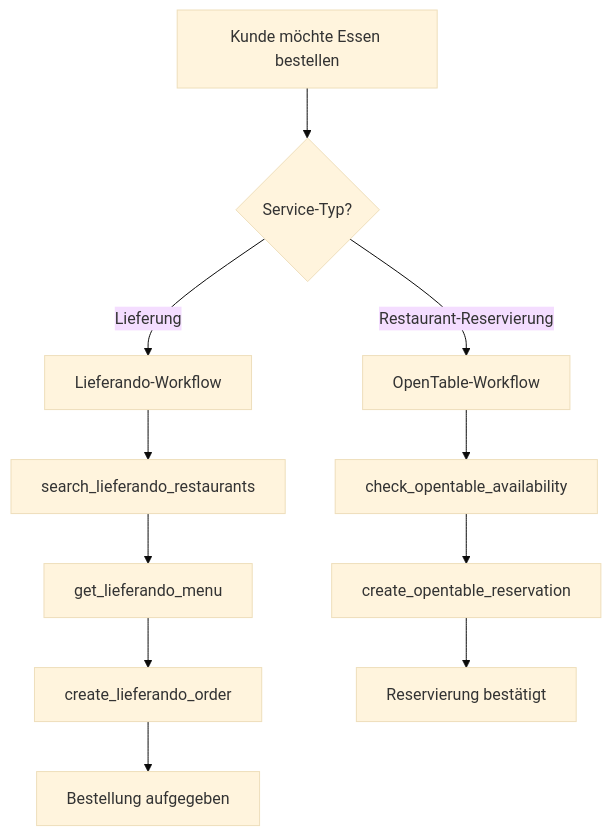
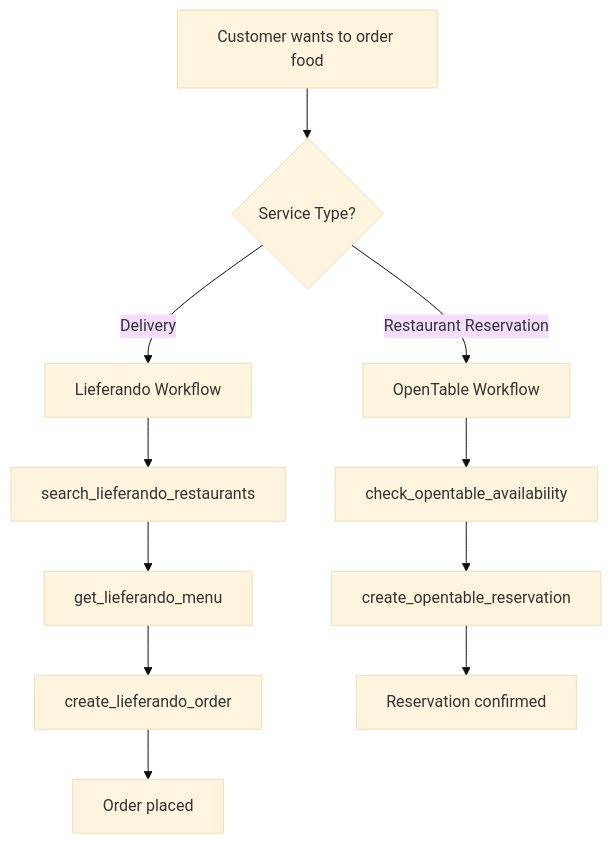
The diagram in en/automation-platform/mid-call-tools/integration-templates/opentable-integration.mdx (bekgroup/Famulor-docs-de), drawn with Mermaid (base theme) before and after one commit. The commit also changed other lines of this file and 20 other files, not shown here.

````diff
--- a/en/automation-platform/mid-call-tools/integration-templates/opentable-integration.mdx
+++ b/en/automation-platform/mid-call-tools/integration-templates/opentable-integration.mdx
@@ -185,16 +184,16 @@
 ```mermaid
 flowchart TD
-    A[Kunde möchte Essen bestellen] --> B{Service-Typ?}
-    B -->|Restaurant-Reservierung| C[OpenTable-Workflow]
-    B -->|Lieferung| D[Lieferando-Workflow]
+    A[Customer wants to order food] --> B{Service Type?}
+    B -->|Restaurant Reservation| C[OpenTable Workflow]
+    B -->|Delivery| D[Lieferando Workflow]
     
     C --> E[check_opentable_availability]
     E --> F[create_opentable_reservation]
     
     D --> G[search_lieferando_restaurants]
     G --> H[get_lieferando_menu]
     H --> I[create_lieferando_order]
     
-    F --> J[Reservierung bestätigt]
-    I --> K[Bestellung aufgegeben]
+    F --> J[Reservation confirmed]
+    I --> K[Order placed]
 ```
````
